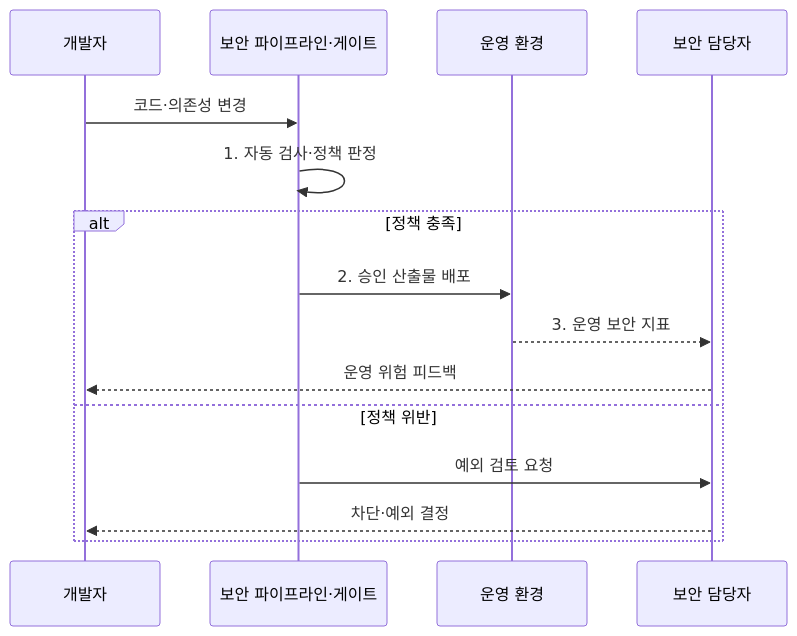
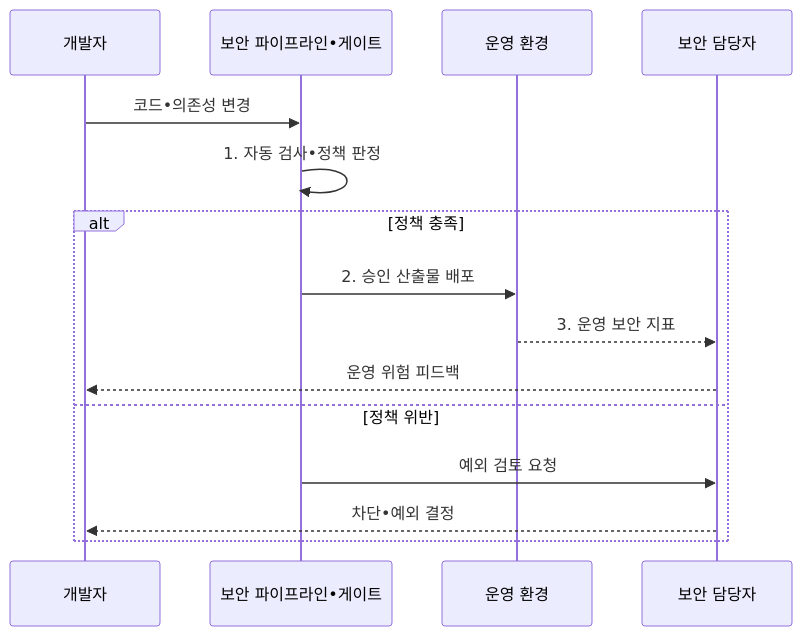
One commit to agnusdei1207/knowledge-base changed the second of 2 diagrams in src/content/docs/notes/03-software/057_devsecops.md. Above: the diagram before and after it, drawn with Mermaid. The commit also changed other lines of this file and 953 other files, not shown here.

````diff
--- a/src/content/docs/notes/03-software/057_devsecops.md
+++ b/src/content/docs/notes/03-software/057_devsecops.md
@@ -104,17 +104,17 @@
 ```mermaid
 sequenceDiagram
     participant D as 개발자
-    participant P as 보안 파이프라인·게이트
+    participant P as 보안 파이프라인•게이트
     participant E as 운영 환경
     participant S as 보안 담당자
-    D->>P: 코드·의존성 변경
-    P->>P: 1. 자동 검사·정책 판정
+    D->>P: 코드•의존성 변경
+    P->>P: 1. 자동 검사•정책 판정
     alt 정책 충족
         P->>E: 2. 승인 산출물 배포
         E-->>S: 3. 운영 보안 지표
         S-->>D: 운영 위험 피드백
     else 정책 위반
         P->>S: 예외 검토 요청
-        S-->>D: 차단·예외 결정
+        S-->>D: 차단•예외 결정
     end
 ```
````
